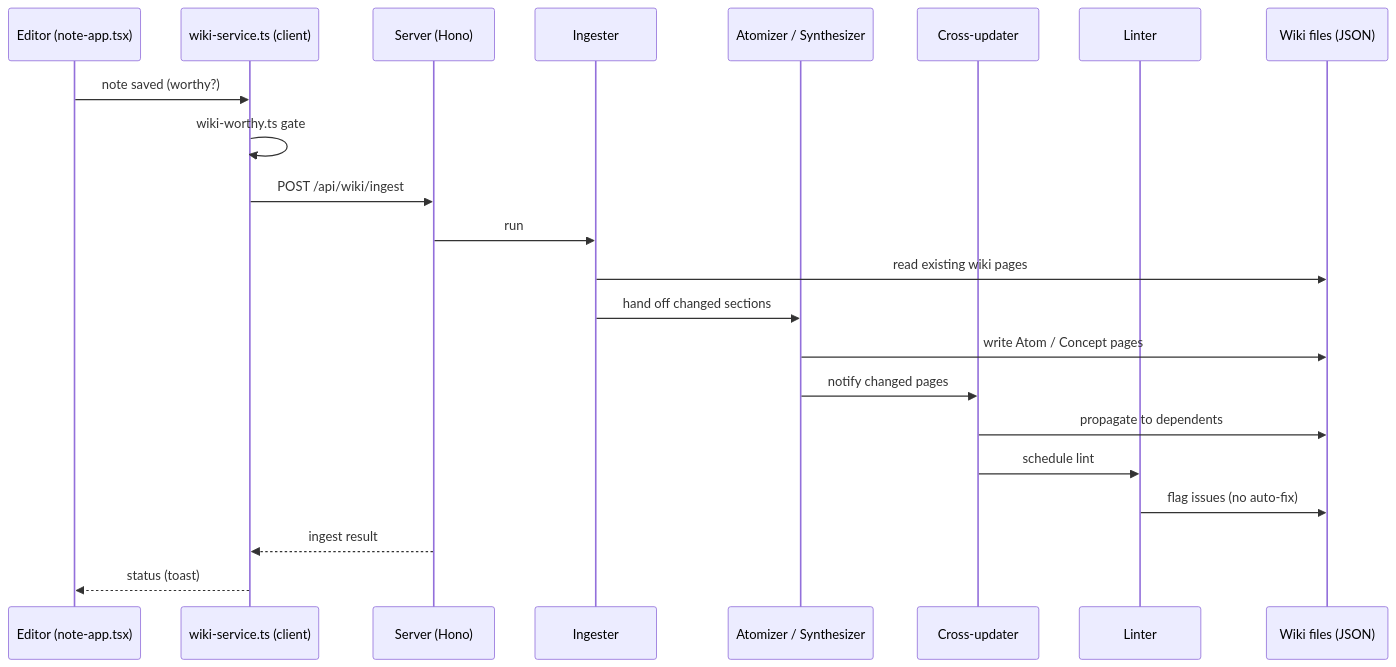
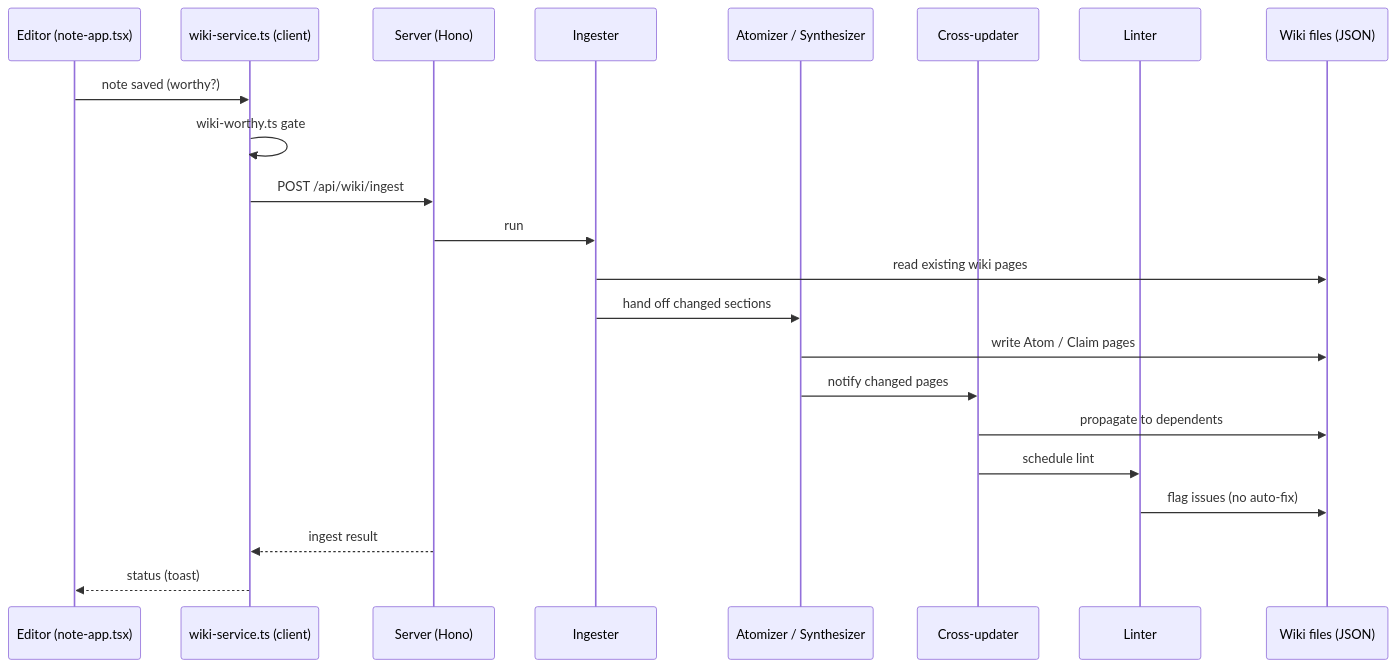
One commit to kumagallium/Graphium changed the second of 3 diagrams in docs/ARCHITECTURE.md. Above: the diagram before and after it, drawn with Mermaid. The commit also changed other lines of this file and 35 other files, not shown here.

````diff
--- a/docs/ARCHITECTURE.md
+++ b/docs/ARCHITECTURE.md
@@ -165,25 +165,25 @@
 ```mermaid
 sequenceDiagram
     participant E as Editor (note-app.tsx)
     participant W as wiki-service.ts (client)
     participant S as Server (Hono)
     participant I as Ingester
     participant A as Atomizer / Synthesizer
     participant X as Cross-updater
     participant L as Linter
     participant FS as Wiki files (JSON)
 
     E->>W: note saved (worthy?)
     W->>W: wiki-worthy.ts gate
     W->>S: POST /api/wiki/ingest
     S->>I: run
     I->>FS: read existing wiki pages
     I->>A: hand off changed sections
-    A->>FS: write Atom / Concept pages
+    A->>FS: write Atom / Claim pages
     A->>X: notify changed pages
     X->>FS: propagate to dependents
     X->>L: schedule lint
     L->>FS: flag issues (no auto-fix)
     S-->>W: ingest result
     W-->>E: status (toast)
 ```
````
